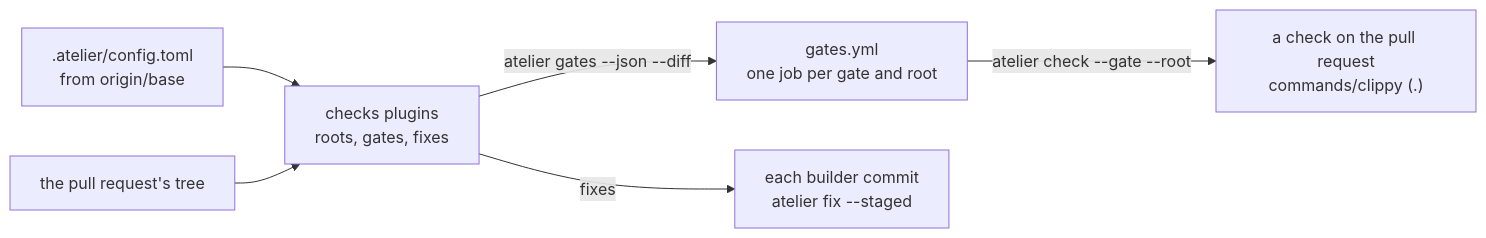
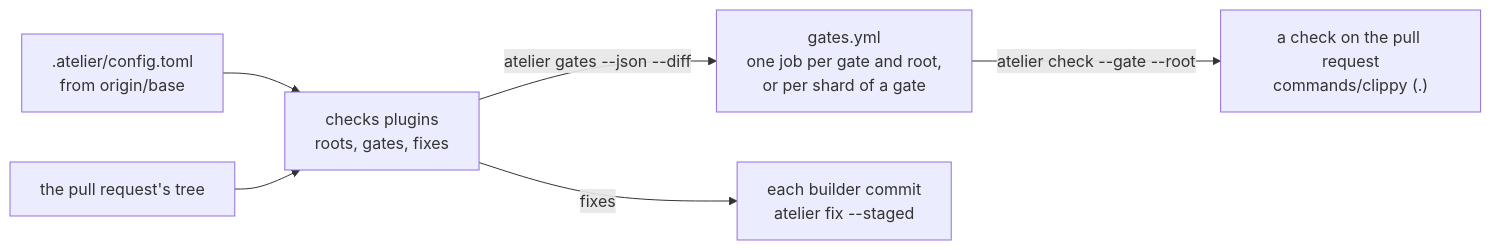
Before and after one commit to wrkhse/atelier: the diagram in docs/plans/slices/slice-2.md, drawn with Mermaid. The commit also changed other lines of this file and 9 other files, not shown here.

````diff
--- a/docs/plans/slices/slice-2.md
+++ b/docs/plans/slices/slice-2.md
@@ -38,8 +38,8 @@
 ```mermaid
 flowchart LR
     Config[".atelier/config.toml<br/>from origin/base"] --> Plugins["checks plugins<br/>roots, gates, fixes"]
     Tree["the pull request's tree"] --> Plugins
-    Plugins -- "atelier gates --json --diff" --> Matrix["gates.yml<br/>one job per gate and root"]
+    Plugins -- "atelier gates --json --diff" --> Matrix["gates.yml<br/>one job per gate and root,<br/>or per shard of a gate"]
     Matrix -- "atelier check --gate --root" --> Check["a check on the pull request<br/>commands/clippy (.)"]
     Plugins -- "fixes" --> Hook["each builder commit<br/>atelier fix --staged"]
 ```
````
